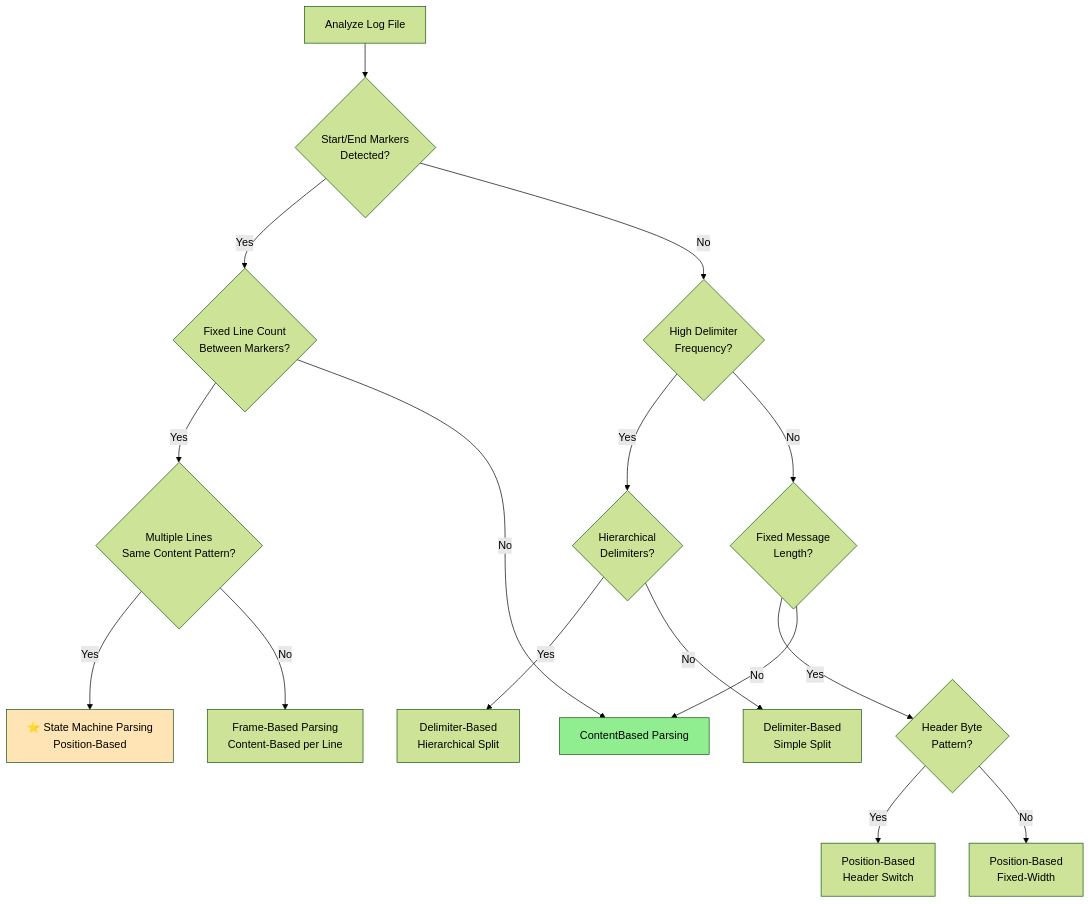
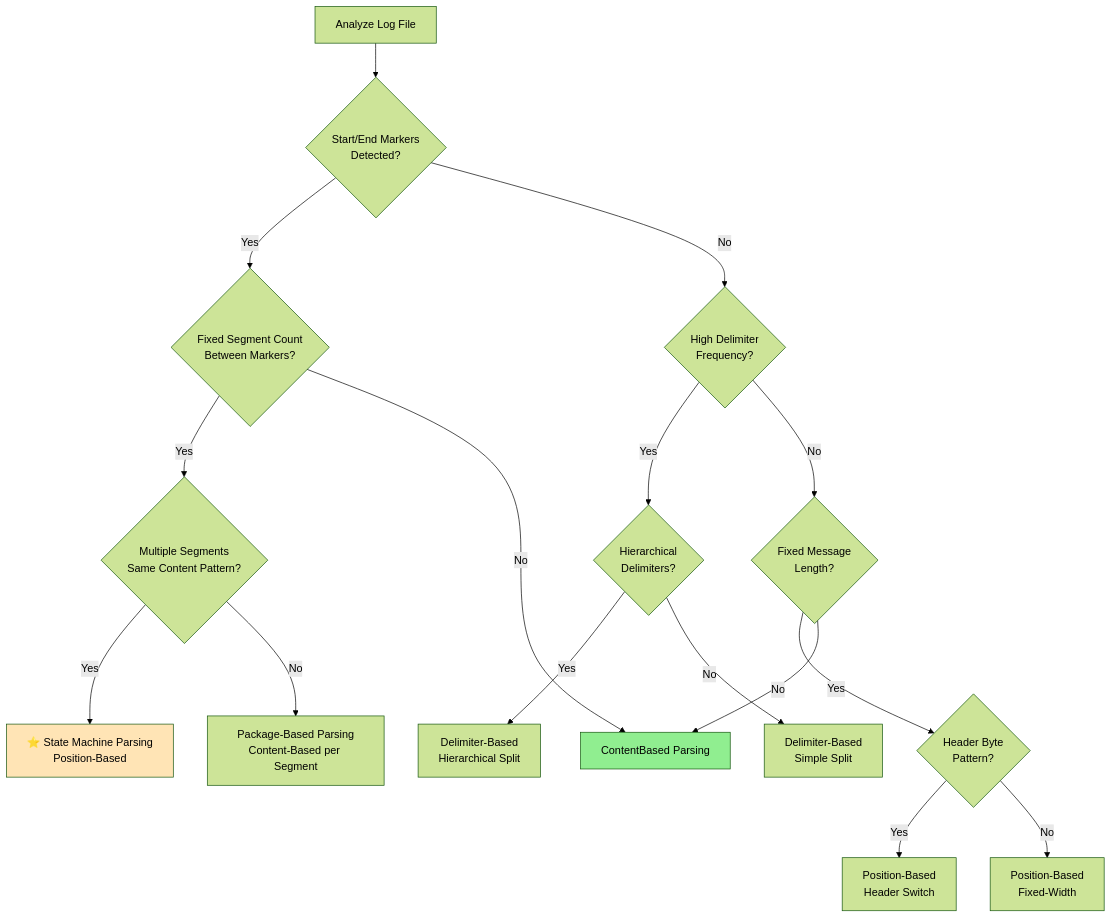
One commit to chumpon-asaneerat/NSerialCommTools changed the eighth of 8 diagrams in Documents/ModernDesign/03-Parsing-Strategy-Analysis.md. Above: the diagram before and after it, drawn with Mermaid (forest theme). The commit also changed other lines of this file and 28 other files, not shown here.

````diff
--- a/Documents/ModernDesign/03-Parsing-Strategy-Analysis.md
+++ b/Documents/ModernDesign/03-Parsing-Strategy-Analysis.md
@@ -1450,28 +1450,28 @@
 ```mermaid
 flowchart TD
     A[Analyze Log File] --> B{Start/End Markers<br/>Detected?}
 
-    B -->|Yes| C{Fixed Line Count<br/>Between Markers?}
+    B -->|Yes| C{Fixed Segment Count<br/>Between Markers?}
     B -->|No| D{High Delimiter<br/>Frequency?}
 
-    C -->|Yes| E{Multiple Lines<br/>Same Content Pattern?}
+    C -->|Yes| E{Multiple Segments<br/>Same Content Pattern?}
     C -->|No| F[ContentBased Parsing]
 
     E -->|Yes| G[⭐ State Machine Parsing<br/>Position-Based]
-    E -->|No| H[Frame-Based Parsing<br/>Content-Based per Line]
+    E -->|No| H[Package-Based Parsing<br/>Content-Based per Segment]
 
     D -->|Yes| I{Hierarchical<br/>Delimiters?}
     D -->|No| J{Fixed Message<br/>Length?}
 
     I -->|Yes| K[Delimiter-Based<br/>Hierarchical Split]
     I -->|No| L[Delimiter-Based<br/>Simple Split]
 
     J -->|Yes| M{Header Byte<br/>Pattern?}
     J -->|No| F
 
     M -->|Yes| N[Position-Based<br/>Header Switch]
     M -->|No| O[Position-Based<br/>Fixed-Width]
 
     style G fill:#FFE4B5
     style F fill:#90EE90
 ```
````
